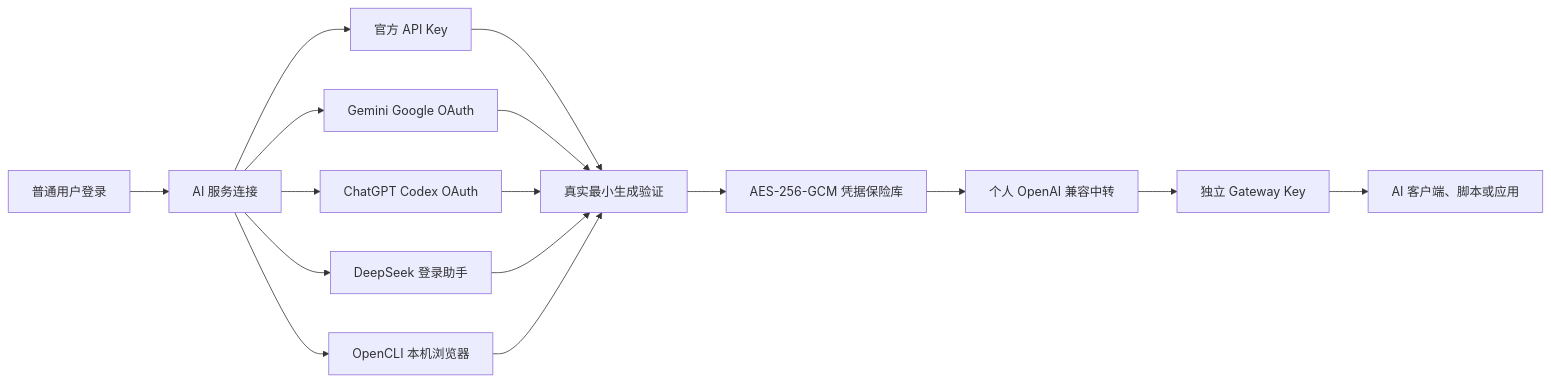
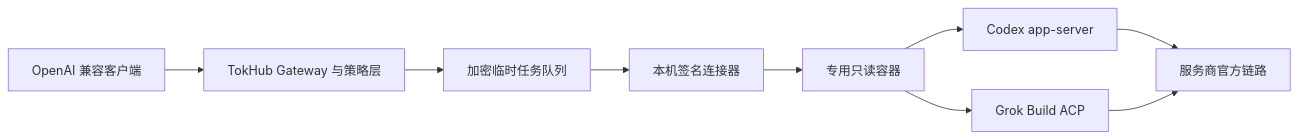
One commit to yaojingang/TokHub changed the diagram in README.md. Above: the diagram before and after it, drawn with Mermaid. The commit also changed other lines of this file and 18 other files, not shown here.

Commit message:
feat(product): ship TokHub 2.0 RC2 experience

````diff
--- a/README.md
+++ b/README.md
@@ -44,18 +44,11 @@
 ```mermaid
 flowchart LR
-    A["普通用户登录"] --> B["AI 服务连接"]
-    B --> C1["官方 API Key"]
-    B --> C2["Gemini Google OAuth"]
-    B --> C3["ChatGPT Codex OAuth"]
-    B --> C4["DeepSeek 登录助手"]
-    B --> C5["OpenCLI 本机浏览器"]
-    C1 --> D["真实最小生成验证"]
-    C2 --> D
-    C3 --> D
-    C4 --> D
-    C5 --> D
-    D --> E["AES-256-GCM 凭据保险库"]
-    E --> F["个人 OpenAI 兼容中转"]
-    F --> G["独立 Gateway Key"]
-    G --> H["AI 客户端、脚本或应用"]
+    A["OpenAI 兼容客户端"] --> B["TokHub Gateway 与策略层"]
+    B --> C["加密临时任务队列"]
+    C --> D["本机签名连接器"]
+    D --> E["专用只读容器"]
+    E --> F["Codex app-server"]
+    E --> G["Grok Build ACP"]
+    F --> H["服务商官方链路"]
+    G --> H
 ```
````
